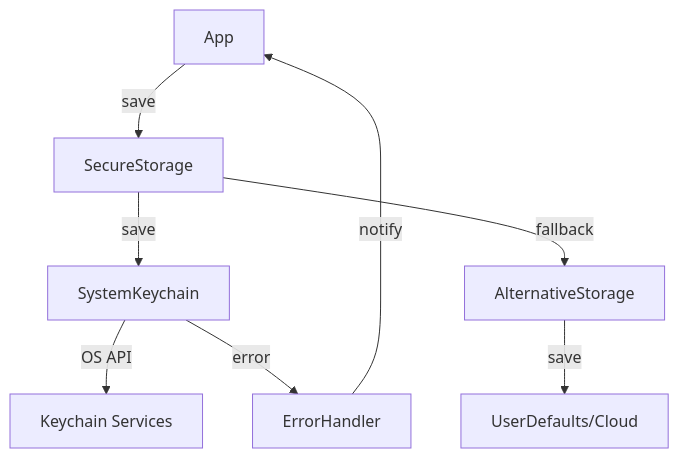
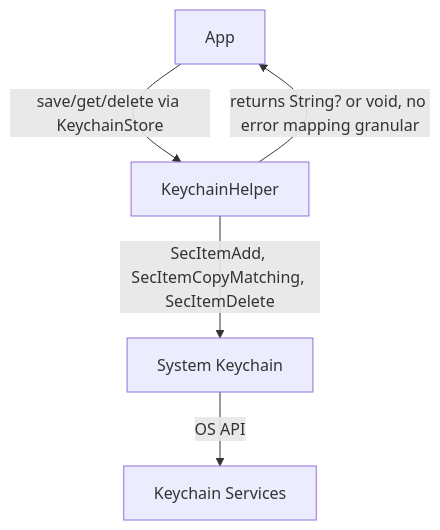
One commit to SwiftEnProfundidad/essential-feed-case-Auth changed the first of 11 diagrams in docs/BDD-Security-Features.md. Above: the diagram before and after it, drawn with Mermaid. The commit also changed other lines of this file, not shown here.

````diff
--- a/docs/BDD-Security-Features.md
+++ b/docs/BDD-Security-Features.md
@@ -107,10 +130,7 @@
 ```mermaid
-graph TD
-    A[App] -->|save| B[SecureStorage]
-    B -->|save| C[SystemKeychain]
-    C -->|OS API| D[Keychain Services]
-    B -->|fallback| E[AlternativeStorage]
-    E -->|save| F[UserDefaults/Cloud]
-    C -->|error| G[ErrorHandler]
-    G -->|notify| A
+flowchart TD
+    A[App] -- save/get/delete via KeychainStore --> B[KeychainHelper]
+    B -- SecItemAdd, SecItemCopyMatching, SecItemDelete --> C[System Keychain]
+    C -- OS API --> D[Keychain Services]
+    B -- returns String? or void, no error mapping granular --> A
 ```
````
